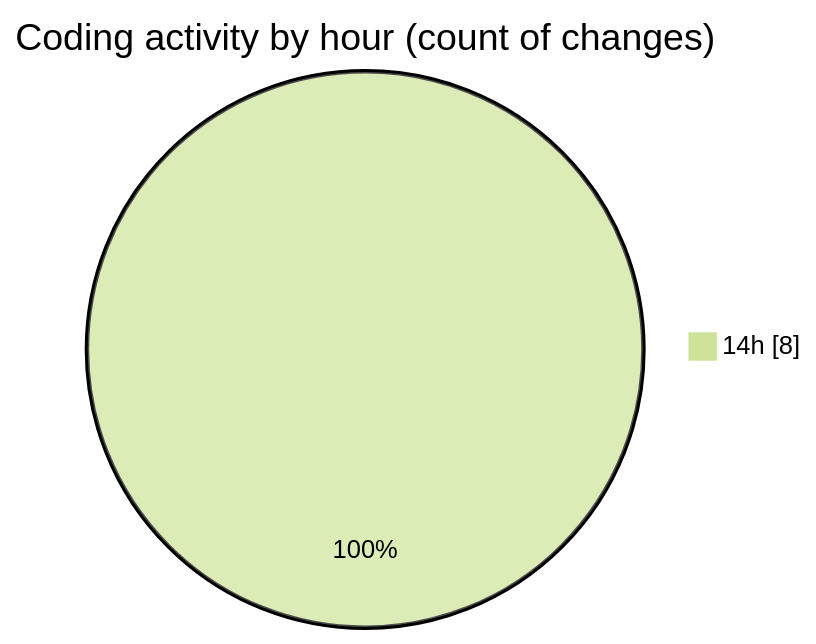
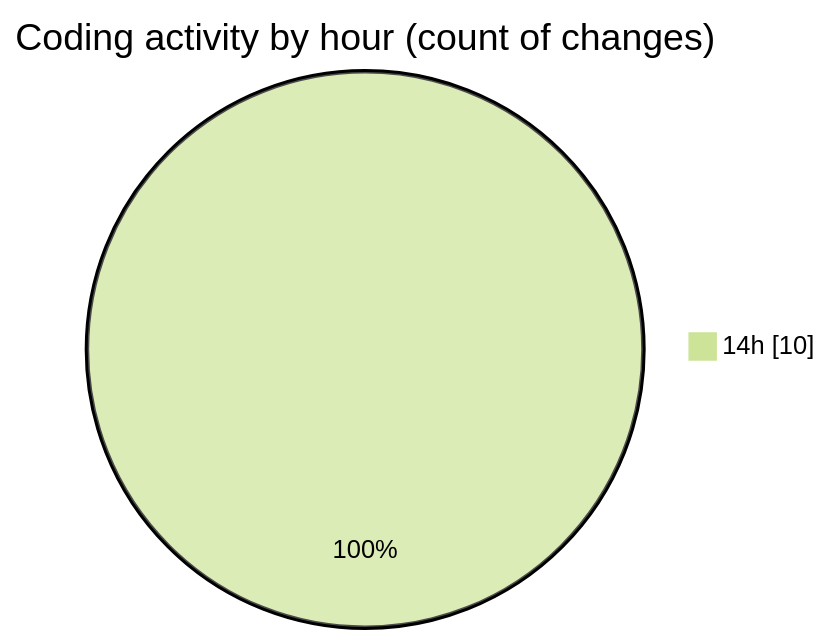
Before and after one commit to charlie-sans/code-tracking: the second of 2 diagrams in 2025-02-20/masm/README.md, drawn with Mermaid (forest theme). The commit also changed other lines of this file and 1 other file, not shown here.

````diff
--- a/2025-02-20/masm/README.md
+++ b/2025-02-20/masm/README.md
@@ -30,5 +30,5 @@
 ```mermaid
 pie showData
 title Coding activity by hour (count of changes)
-"14h" : 8
+"14h" : 10
 ```
````
